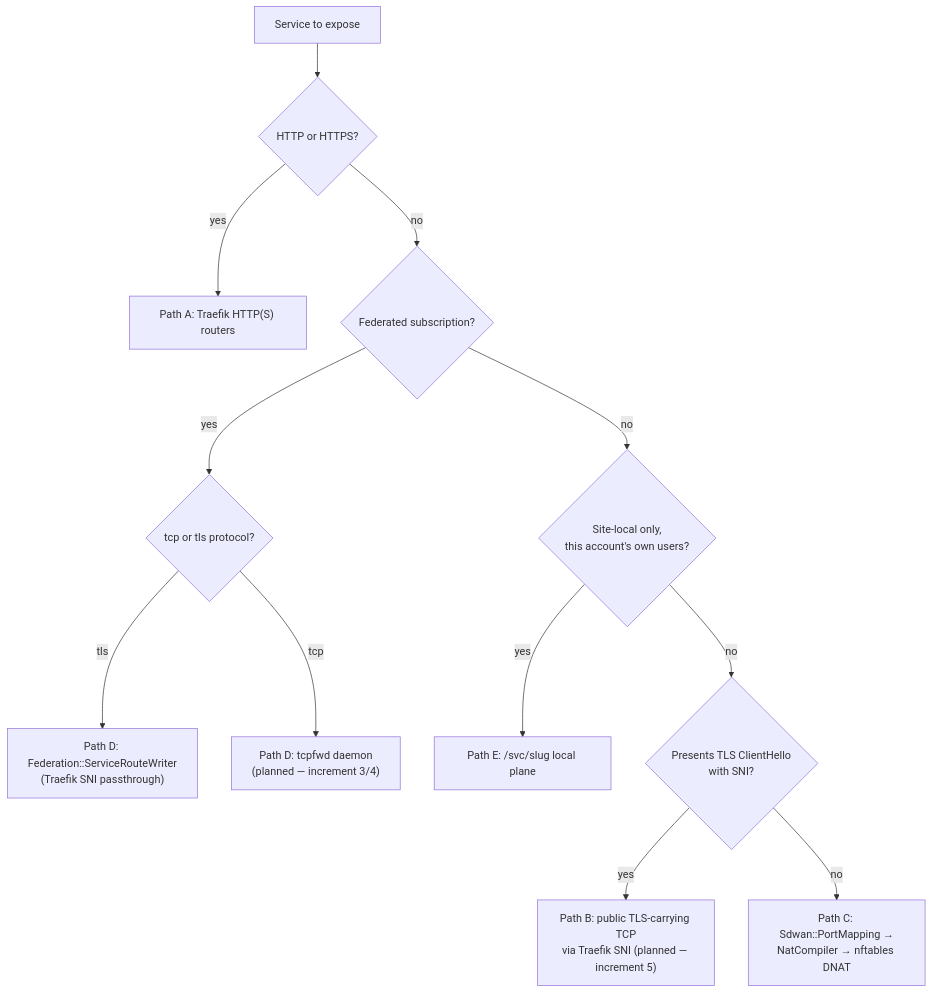
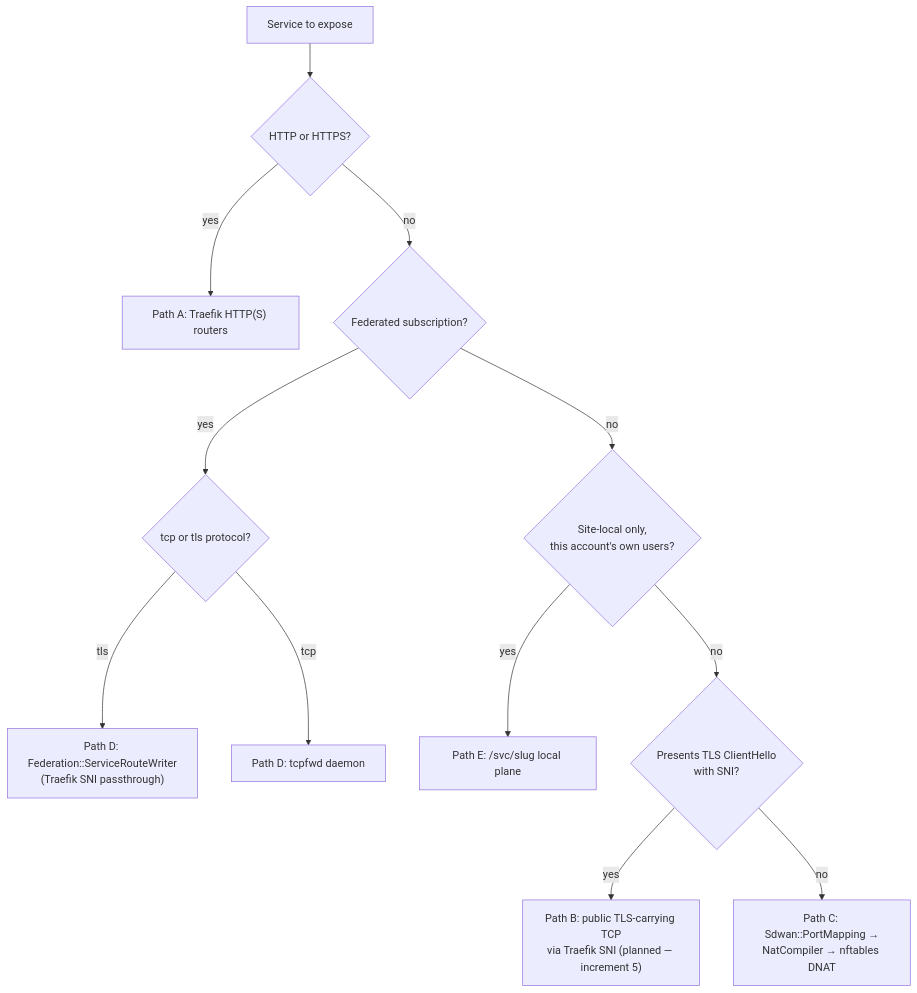
The diagram in docs/runbooks/traefik-tcp-exposure-vs-dnat.md (nodealchemy/powernode-system), drawn with Mermaid before and after one commit. The commit also changed other lines of this file, not shown here.

First line of the commit message:
docs(runbooks): mark federation tcp/tls routing built and fixed; correct Path C federation aside

````diff
--- a/docs/runbooks/traefik-tcp-exposure-vs-dnat.md
+++ b/docs/runbooks/traefik-tcp-exposure-vs-dnat.md
@@ -37,14 +37,14 @@
 ```mermaid
 flowchart TD
     Start[Service to expose] --> Q1{HTTP or HTTPS?}
     Q1 -- yes --> PathA["Path A: Traefik HTTP(S) routers"]
     Q1 -- no --> Q2{Federated subscription?}
     Q2 -- yes --> Q3{tcp or tls protocol?}
     Q3 -- tls --> PathD1["Path D: Federation::ServiceRouteWriter<br/>(Traefik SNI passthrough)"]
-    Q3 -- tcp --> PathD2["Path D: tcpfwd daemon<br/>(planned — increment 3/4)"]
+    Q3 -- tcp --> PathD2["Path D: tcpfwd daemon"]
     Q2 -- no --> Q4{Site-local only,<br/>this account's own users?}
     Q4 -- yes --> PathE["Path E: /svc/slug local plane"]
     Q4 -- no --> Q5{Presents TLS ClientHello<br/>with SNI?}
     Q5 -- yes --> PathB["Path B: public TLS-carrying TCP<br/>via Traefik SNI (planned — increment 5)"]
     Q5 -- no --> PathC["Path C: Sdwan::PortMapping →<br/>NatCompiler → nftables DNAT"]
 ```
````
